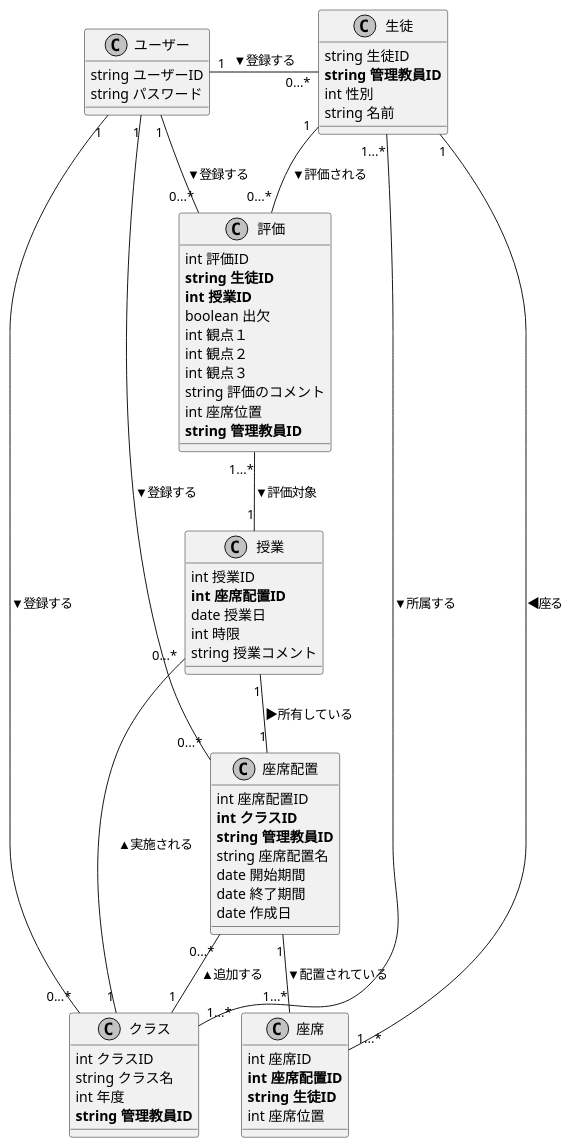
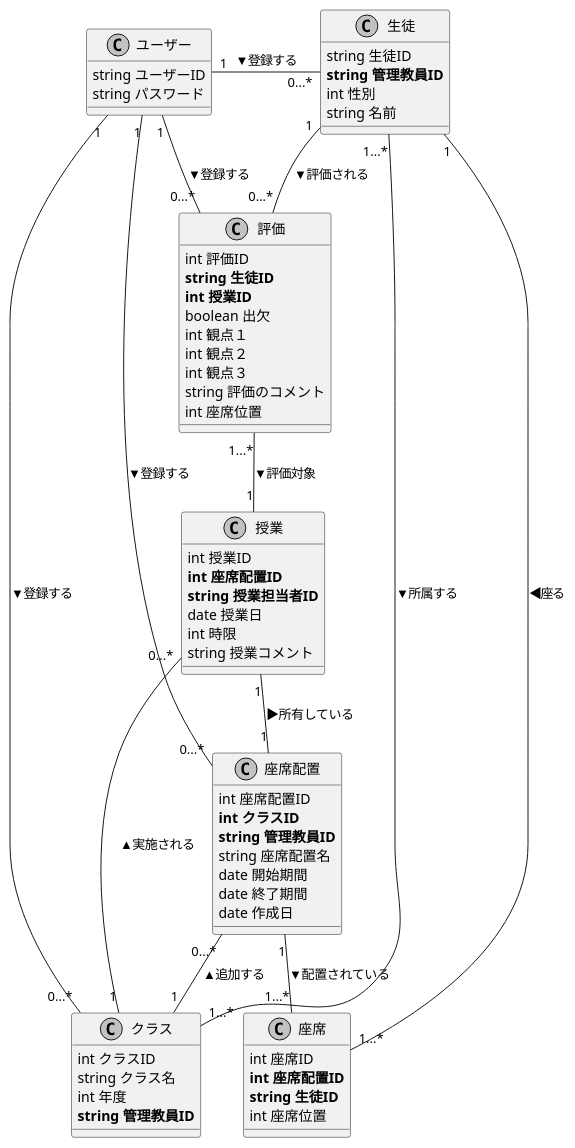
One commit to hatosableSAN/KTaNE-Expertingweb changed the diagram in docs/class.pu. Above: the diagram before and after it, drawn with PlantUML.

Commit message:
fix:評価の管理者属性について変更

```diff
--- a/docs/class.pu
+++ b/docs/class.pu
@@ -1,77 +1,77 @@
 @startuml class_diagram
 skinparam monochrome true
 skinparam shadowing false
 ' クラスを定義
 
 class ユーザー{
     string ユーザーID
     string パスワード
 }
 
 class 生徒{
     string 生徒ID
     **string 管理教員ID**
     int 性別
     string 名前
 }
 class クラス{
     int クラスID
     string クラス名
     int 年度
     **string 管理教員ID**
 }
 
 class 座席配置{
     int 座席配置ID
     **int クラスID**
     **string 管理教員ID**
     string 座席配置名
     date 開始期間
     date 終了期間
     date 作成日
 }
 class 座席{
     int 座席ID
     **int 座席配置ID**
     **string 生徒ID**
     int 座席位置
 }
 class 評価{
     int 評価ID
     **string 生徒ID**
     **int 授業ID**
     boolean 出欠
     int 観点１
     int 観点２
     int 観点３
     string 評価のコメント
     int 座席位置
-    **string 管理教員ID**
 }
 
 class 授業{
     int 授業ID
     **int 座席配置ID**
+    **string 授業担当者ID**
     date 授業日
     int 時限
     string 授業コメント
 }
 
 
 ' 関係を定義
 'left to right direction
 
 座席配置 "1"--"1...*" 座席 : ▼配置されている
 評価 "1...*" -- "1"  授業:▼評価対象
 生徒 "1...*" -- "1...*" クラス :▼所属する
 生徒"1" -- "0...*" 評価:▼評価される
 ユーザー"1" - "0...*" 生徒 :▼登録する
 座席 "1...*" - "1" 生徒:◀座る
 ユーザー"1" -- "0...*" 座席配置 :▼登録する
 ユーザー"1" - "0...*" クラス :▼登録する
 座席配置 "0...*" -- "1"クラス:▲追加する
 評価 "0...*" -- "1" ユーザー :▼登録する
 授業 "0...*"- "1"クラス:▲実施される
 授業 "1"-- "1" 座席配置:▶所有している
 ' umlの終了を宣言
 @enduml
```
